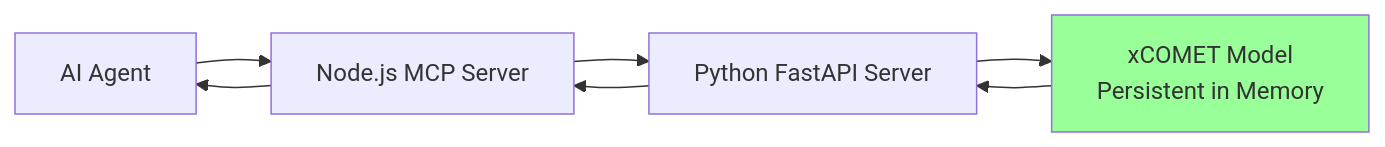
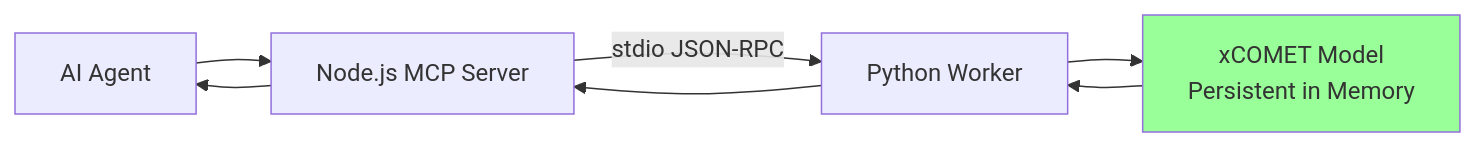
Before and after one commit to shuji-bonji/xcomet-mcp-server: the first of 3 diagrams in README.md, drawn with Mermaid. The commit also changed other lines of this file and 21 other files, not shown here.

````diff
--- a/README.md
+++ b/README.md
@@ -23,11 +23,11 @@
 ```mermaid
 graph LR
     A[AI Agent] --> B[Node.js MCP Server]
-    B --> C[Python FastAPI Server]
+    B -- stdio JSON-RPC --> C[Python Worker]
     C --> D[xCOMET Model<br/>Persistent in Memory]
     D --> C
     C --> B
     B --> A
 
     style D fill:#9f9
 ```
````
